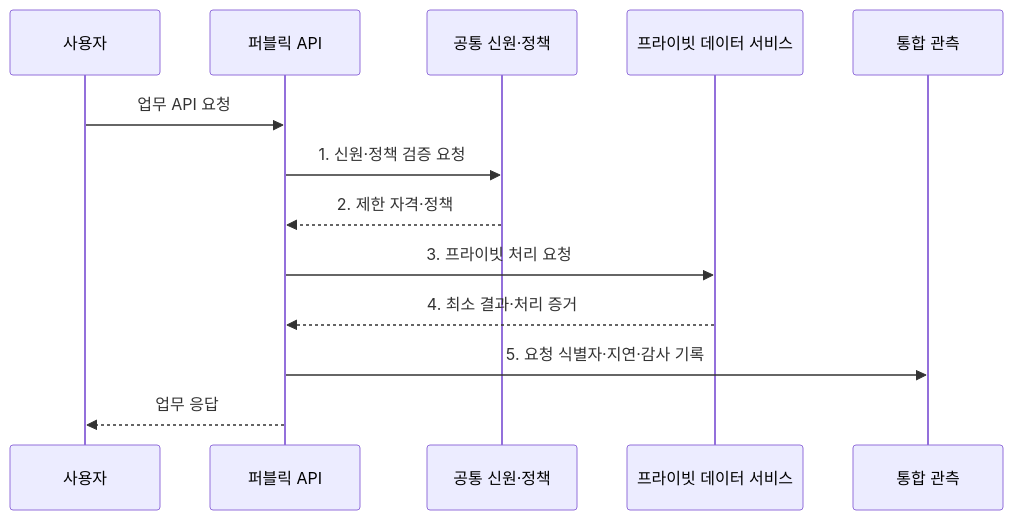
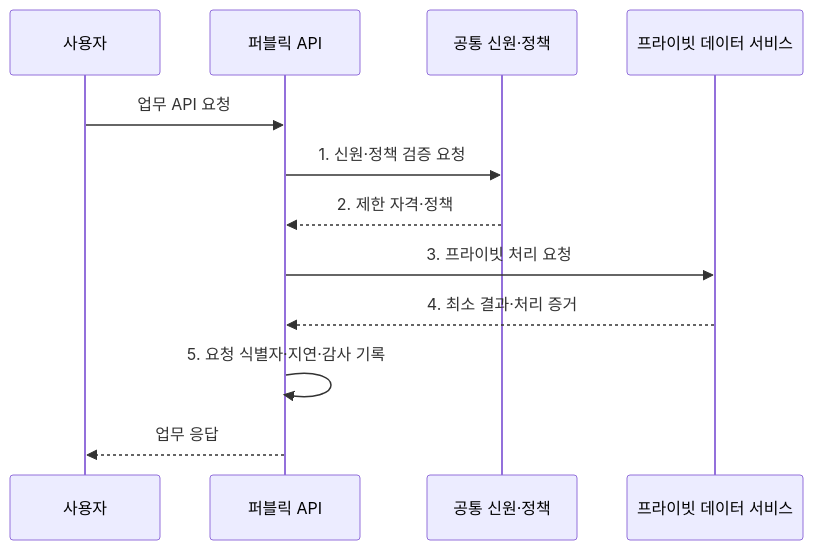
Before and after one commit to agnusdei1207/knowledge-base: the second of 2 diagrams in src/content/docs/notes/03-software/142_cloud_deployment_models.md, drawn with Mermaid. The commit also changed 7 other files, not shown here.

Commit message:
Reduce cloud platform diagram actors

````diff
--- a/src/content/docs/notes/03-software/142_cloud_deployment_models.md
+++ b/src/content/docs/notes/03-software/142_cloud_deployment_models.md
@@ -98,15 +98,14 @@
 ```mermaid
 sequenceDiagram
     participant U as 사용자
     participant P as 퍼블릭 API
     participant I as 공통 신원·정책
     participant R as 프라이빗 데이터 서비스
-    participant O as 통합 관측
     U->>P: 업무 API 요청
     P->>I: 1. 신원·정책 검증 요청
     I-->>P: 2. 제한 자격·정책
     P->>R: 3. 프라이빗 처리 요청
     R-->>P: 4. 최소 결과·처리 증거
-    P->>O: 5. 요청 식별자·지연·감사 기록
+    P->>P: 5. 요청 식별자·지연·감사 기록
     P-->>U: 업무 응답
 ```
````
